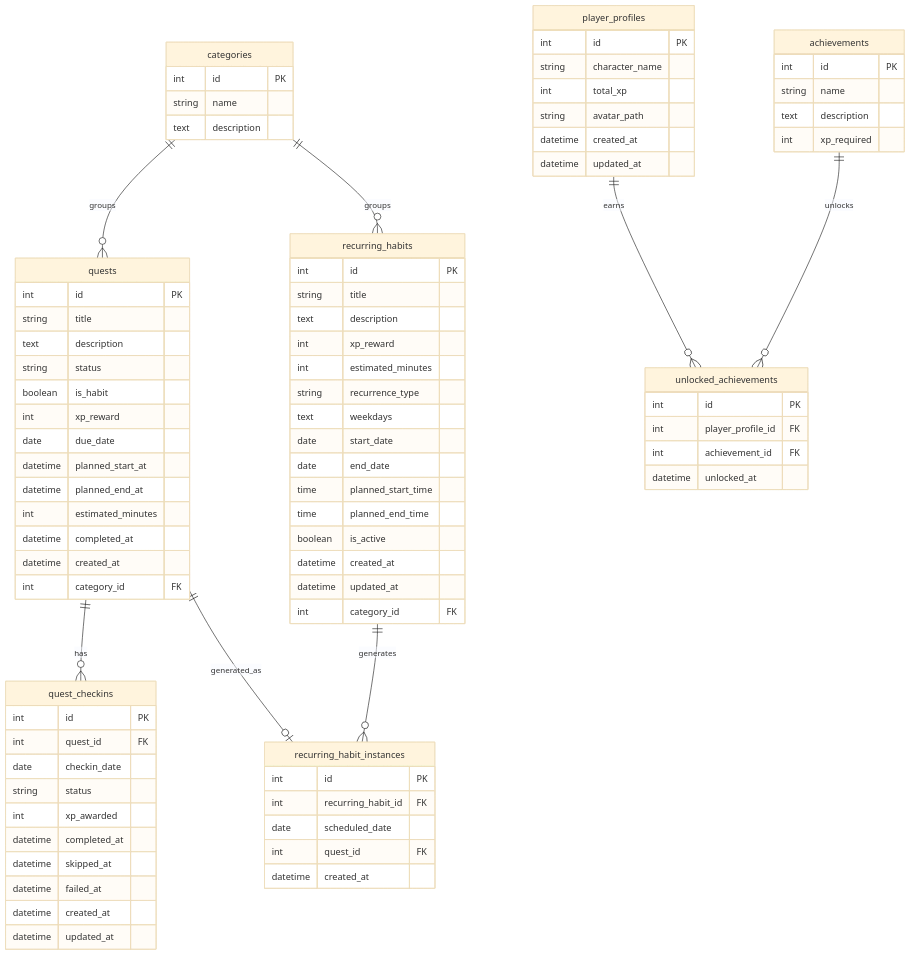
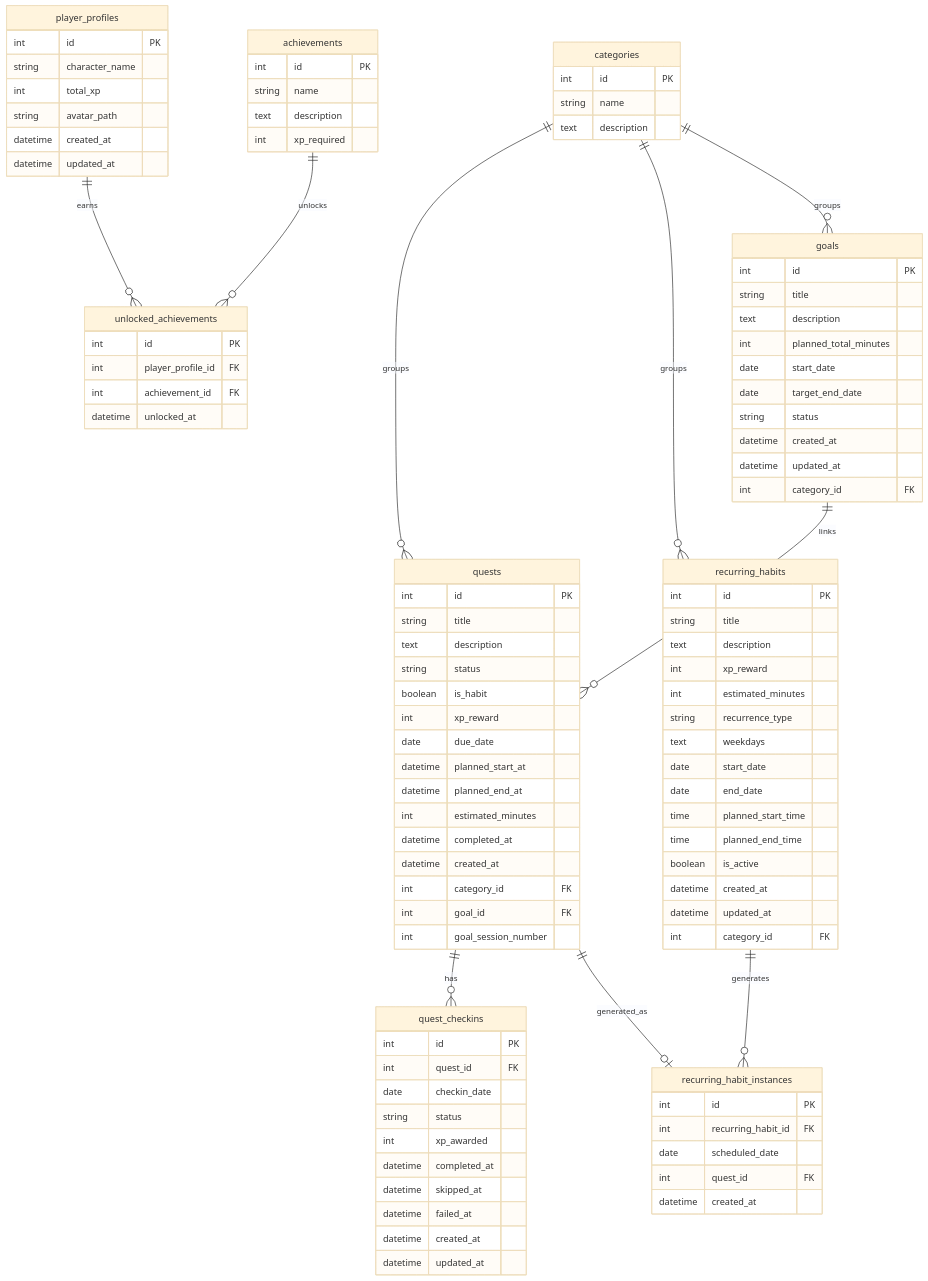
One commit to BaseMar/habit-quest-analytics changed the diagram in README.md. Above: the diagram before and after it, drawn with Mermaid (base theme). The commit also changed other lines of this file and 8 other files, not shown here.

```diff
--- a/README.md
+++ b/README.md
@@ -346,6 +378,8 @@
 erDiagram
     categories ||--o{ quests : groups
     categories ||--o{ recurring_habits : groups
+    categories ||--o{ goals : groups
+    goals ||--o{ quests : links
     quests ||--o{ quest_checkins : has
     recurring_habits ||--o{ recurring_habit_instances : generates
     quests ||--o| recurring_habit_instances : generated_as
@@ -371,6 +405,21 @@
         int estimated_minutes
         datetime completed_at
         datetime created_at
+        int category_id FK
+        int goal_id FK
+        int goal_session_number
+    }
+
+    goals {
+        int id PK
+        string title
+        text description
+        int planned_total_minutes
+        date start_date
+        date target_end_date
+        string status
+        datetime created_at
+        datetime updated_at
         int category_id FK
     }
 
```
